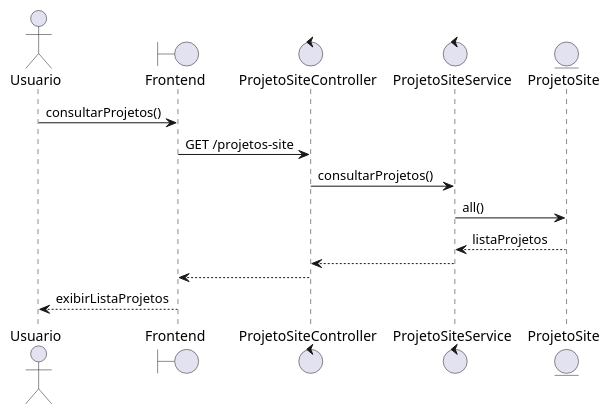
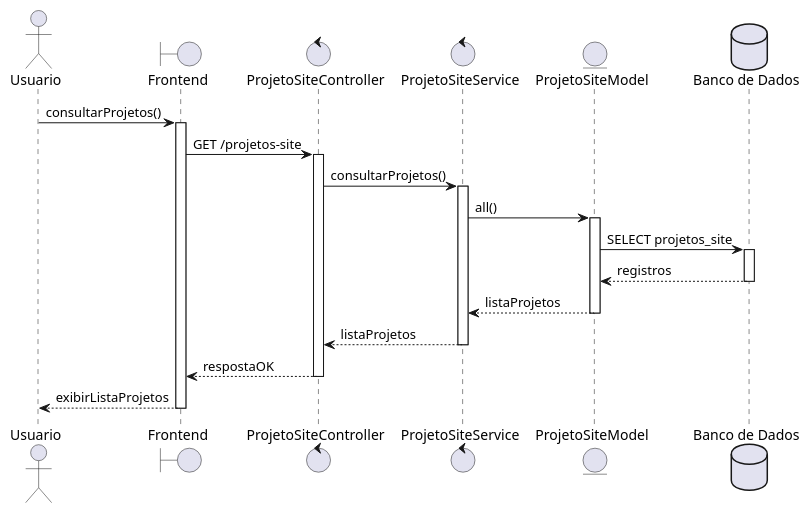
One commit to ICEI-PUC-Minas-PPLES-TI/plf-es-2025-2-tcci-0393100-dev-bernardo-biondini changed the diagram in Artefatos/Sequencia/con_pro_sit.puml. Above: the diagram before and after it, drawn with PlantUML. The commit also changed 165 other files, not shown here.

Commit message:
Adequações dos diagramas de Sequencia e Comunicação as exigências da banca

```diff
--- a/Artefatos/Sequencia/con_pro_sit.puml
+++ b/Artefatos/Sequencia/con_pro_sit.puml
@@ -1,20 +1,29 @@
 @startuml
 actor Usuario
-
 boundary Frontend as FE
 control ProjetoSiteController as C
 control ProjetoSiteService as S
-entity ProjetoSite as M
+entity ProjetoSiteModel as M
+database "Banco de Dados" as DB
 
 Usuario -> FE : consultarProjetos()
+activate FE
 FE -> C : GET /projetos-site
-
+activate C
 C -> S : consultarProjetos()
+activate S
 S -> M : all()
+activate M
+M -> DB : SELECT projetos_site
+activate DB
+DB --> M : registros
+deactivate DB
 M --> S : listaProjetos
-
-S --> C
-C --> FE
+deactivate M
+S --> C : listaProjetos
+deactivate S
+C --> FE : respostaOK
+deactivate C
 FE --> Usuario : exibirListaProjetos
-
+deactivate FE
 @enduml
```
